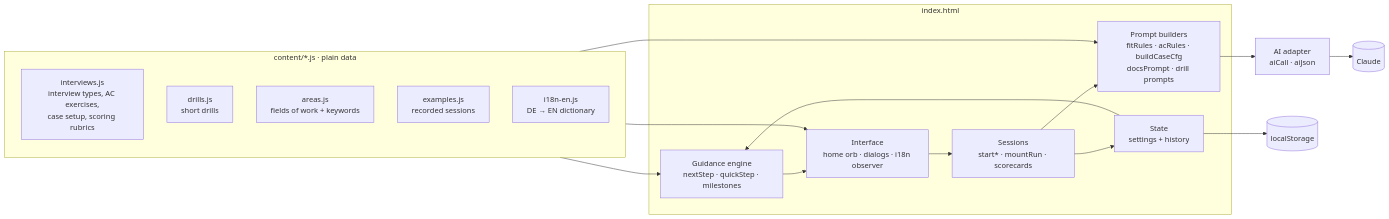
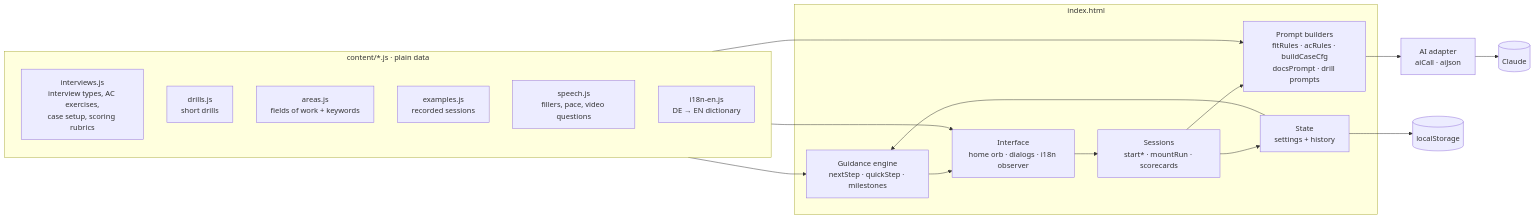
One commit to claussec/callback-interview-coach changed the first of 2 diagrams in ARCHITECTURE.md. Above: the diagram before and after it, drawn with Mermaid. The commit also changed other lines of this file and 11 other files, not shown here.

First line of the commit message:
Add video interview training, speech analysis, progress and tester feedback

````diff
--- a/ARCHITECTURE.md
+++ b/ARCHITECTURE.md
@@ -7,28 +7,29 @@
 ```mermaid
 flowchart LR
   subgraph Content["content/*.js · plain data"]
     IV["interviews.js<br/>interview types, AC exercises,<br/>case setup, scoring rubrics"]
     DR["drills.js<br/>short drills"]
     AR["areas.js<br/>fields of work + keywords"]
     EX["examples.js<br/>recorded sessions"]
+    SP["speech.js<br/>fillers, pace, video questions"]
     EN["i18n-en.js<br/>DE → EN dictionary"]
   end
 
   subgraph App["index.html"]
     G["Guidance engine<br/>nextStep · quickStep · milestones"]
     P["Prompt builders<br/>fitRules · acRules · buildCaseCfg<br/>docsPrompt · drill prompts"]
     S["Sessions<br/>start* · mountRun · scorecards"]
     UI["Interface<br/>home orb · dialogs · i18n observer"]
     ST["State<br/>settings + history"]
   end
 
   AI["AI adapter<br/>aiCall · aiJson"]
   M[("Claude")]
   LS[("localStorage")]
 
   Content --> G & P & UI
   G --> UI
   UI --> S --> P --> AI --> M
   S --> ST --> LS
   ST --> G
 ```
````
